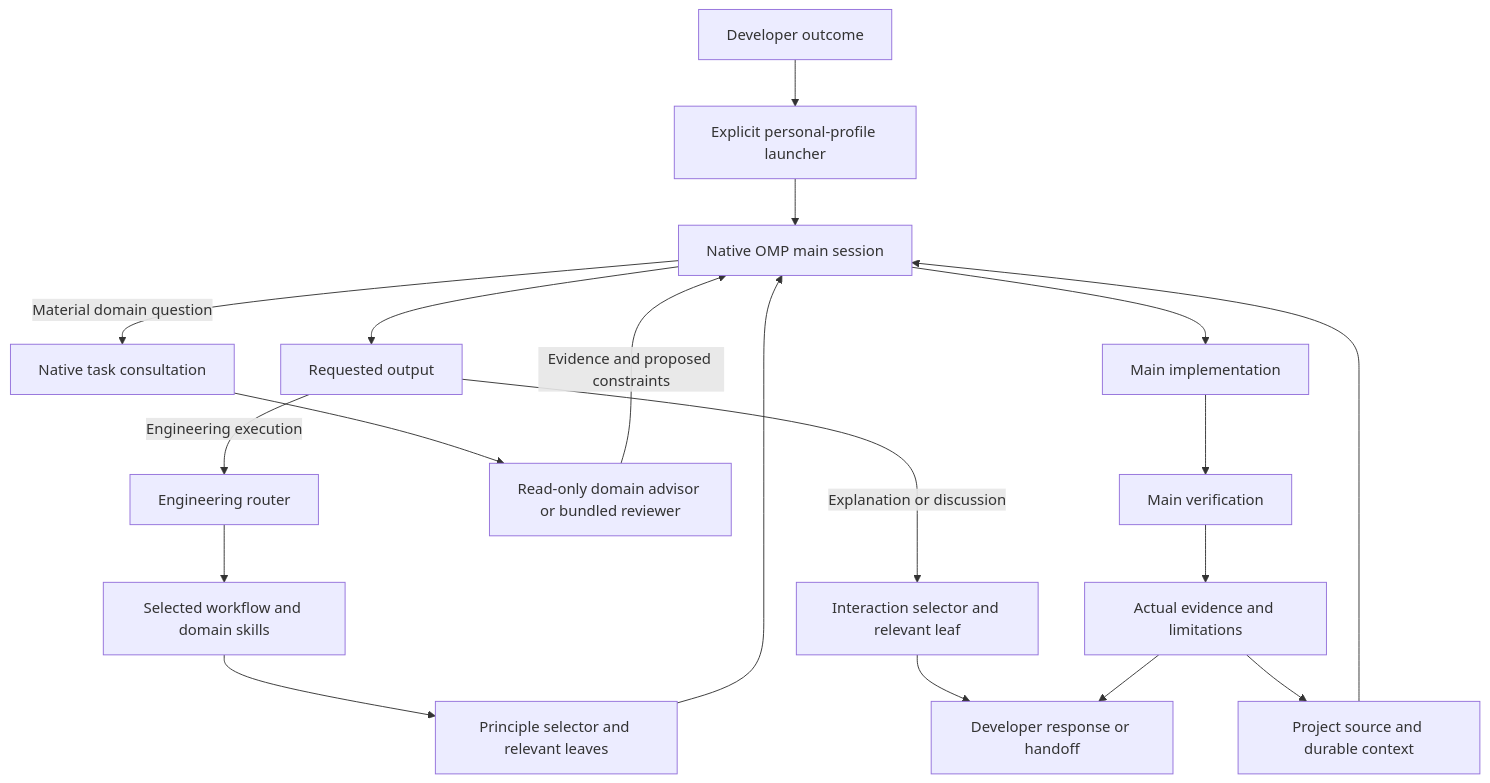
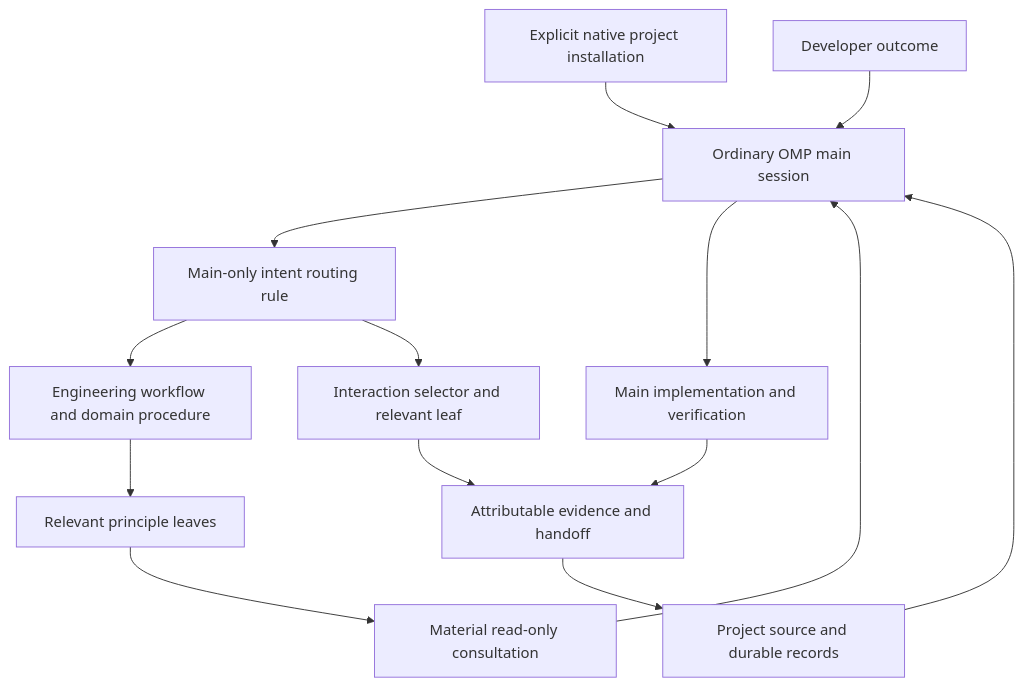
Before and after one commit to alduraimron/agent-first: the diagram in docs/architecture.md, drawn with Mermaid. The commit also changed other lines of this file and 6 other files, not shown here.

First line of the commit message:
docs(plugin): document project activation and migration evidence

````diff
--- a/docs/architecture.md
+++ b/docs/architecture.md
@@ -7,21 +7,16 @@
 ```mermaid
 flowchart TD
-    U[Developer outcome] --> L[Explicit personal-profile launcher]
-    L --> M[Native OMP main session]
-    C[Project source and durable context] --> M
-    M --> Q[Requested output]
-    Q -->|Engineering execution| R[Engineering router]
-    Q -->|Explanation or discussion| S[Interaction selector and relevant leaf]
-    S --> H
-    R --> W[Selected workflow and domain skills]
-    W --> P[Principle selector and relevant leaves]
-    P --> M
-    M -->|Material domain question| T[Native task consultation]
-    T --> A[Read-only domain advisor or bundled reviewer]
-    A -->|Evidence and proposed constraints| M
-    M --> I[Main implementation]
-    I --> V[Main verification]
-    V --> E[Actual evidence and limitations]
+    P[Explicit native project installation] --> M[Ordinary OMP main session]
+    U[Developer outcome] --> M
+    C[Project source and durable records] --> M
+    M --> R[Main-only intent routing rule]
+    R --> W[Engineering workflow and domain procedure]
+    R --> S[Interaction selector and relevant leaf]
+    W --> J[Relevant principle leaves]
+    J --> A[Material read-only consultation]
+    A --> M
+    M --> I[Main implementation and verification]
+    I --> E[Attributable evidence and handoff]
+    S --> E
     E --> C
-    E --> H[Developer response or handoff]
 ```
````
